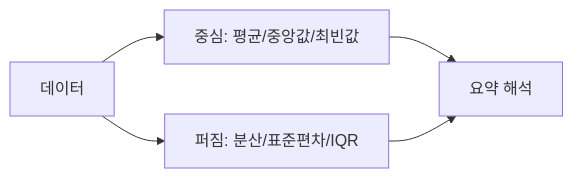
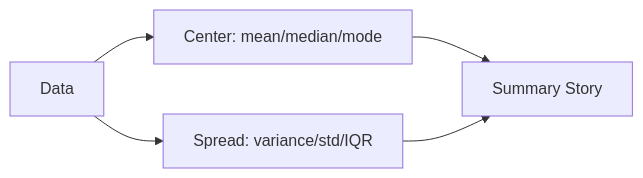
Before and after one commit to yeongseon-books/book-content: the diagram in content/statistics-101/ko/02-mean-median-variance.md, drawn with Mermaid. The commit also changed other lines of this file and 9 other files, not shown here.

````diff
--- a/content/statistics-101/ko/02-mean-median-variance.md
+++ b/content/statistics-101/ko/02-mean-median-variance.md
@@ -48,7 +50,7 @@
 ```mermaid
 flowchart LR
-    Data["데이터"] --> Center["중심: 평균/중앙값/최빈값"]
-    Data --> Spread["퍼짐: 분산/표준편차/IQR"]
-    Center --> Story["요약 해석"]
+    Data["Data"] --> Center["Center: mean/median/mode"]
+    Data --> Spread["Spread: variance/std/IQR"]
+    Center --> Story["Summary Story"]
     Spread --> Story
 ```
````
